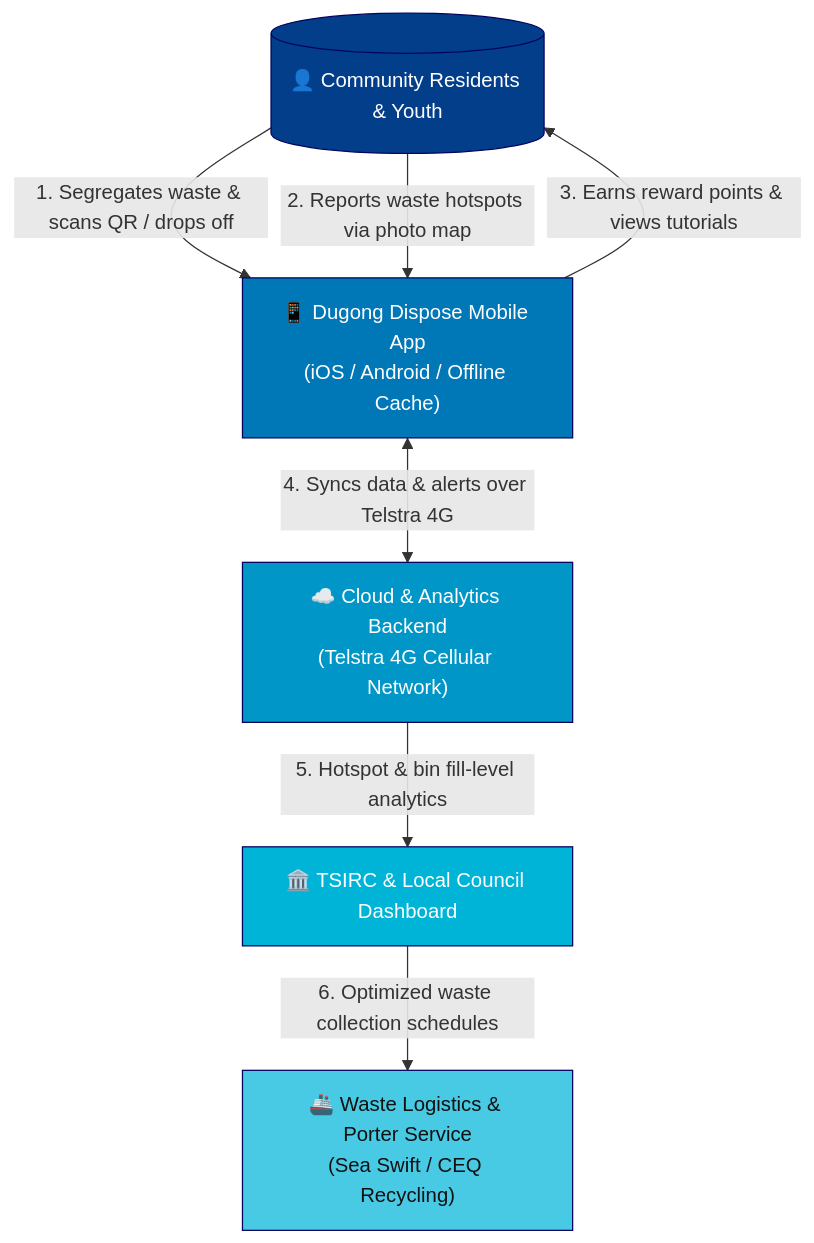
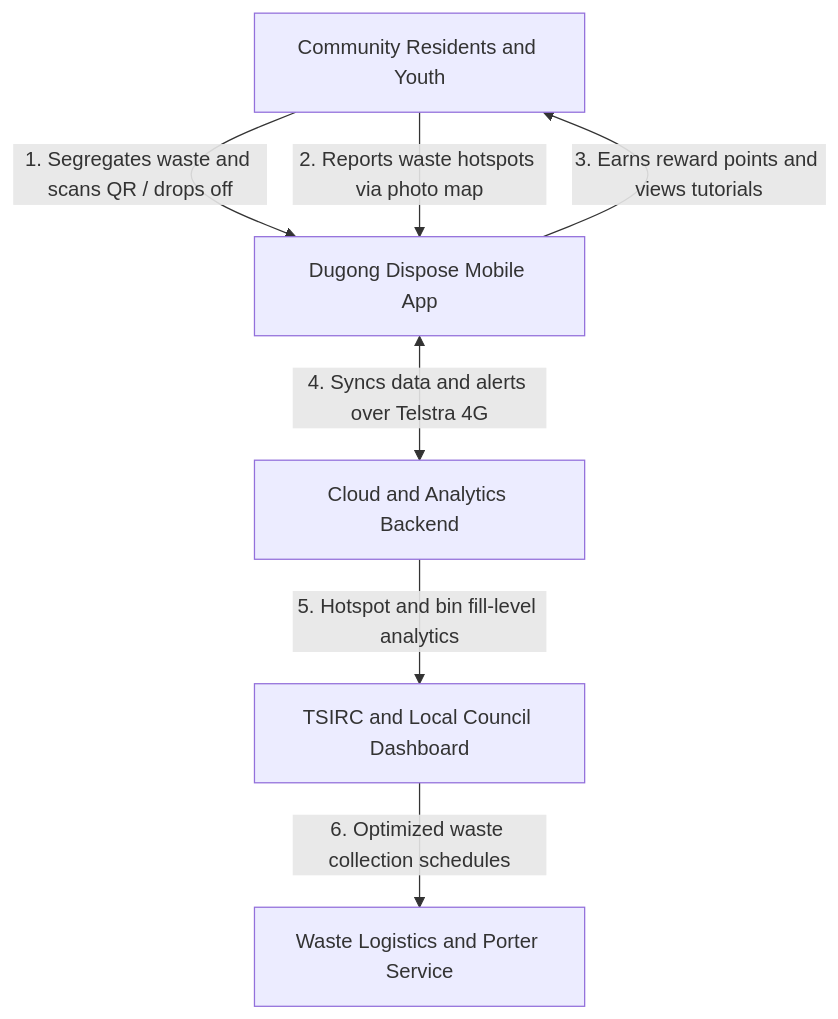
Before and after one commit to anushree05girish/Waste-Management-for-Saibai: the second of 4 diagrams in README.md, drawn with Mermaid. The commit also changed other lines of this file, not shown here.

Commit message:
Fix Mermaid diagram syntax for seamless GitHub rendering

````diff
--- a/README.md
+++ b/README.md
@@ -59,24 +53,15 @@
 ```mermaid
 flowchart TB
-    %% Nodes definition
-    user[("👤 Community Residents & Youth")]
-    app["📱 Dugong Dispose Mobile App<br/>(iOS / Android / Offline Cache)"]
-    backend["☁️ Cloud & Analytics Backend<br/>(Telstra 4G Cellular Network)"]
-    council["🏛️ TSIRC & Local Council Dashboard"]
-    logistics["🚢 Waste Logistics & Porter Service<br/>(Sea Swift / CEQ Recycling)"]
+    user[Community Residents and Youth]
+    app[Dugong Dispose Mobile App]
+    backend[Cloud and Analytics Backend]
+    council[TSIRC and Local Council Dashboard]
+    logistics[Waste Logistics and Porter Service]
 
-    %% Flow interactions
-    user -->|"1. Segregates waste & scans QR / drops off"| app
-    user -->|"2. Reports waste hotspots via photo map"| app
-    app -->|"3. Earns reward points & views tutorials"| user
-    app <-->|"4. Syncs data & alerts over Telstra 4G"| backend
-    backend -->|"5. Hotspot & bin fill-level analytics"| council
-    council -->|"6. Optimized waste collection schedules"| logistics
-
-    %% Styling
-    style user fill:#023e8a,stroke:#03045e,color:#fff
-    style app fill:#0077b6,stroke:#03045e,color:#fff
-    style backend fill:#0096c7,stroke:#03045e,color:#fff
-    style council fill:#00b4d8,stroke:#03045e,color:#fff
-    style logistics fill:#48cae4,stroke:#03045e,color:#111
+    user -->|1. Segregates waste and scans QR / drops off| app
+    user -->|2. Reports waste hotspots via photo map| app
+    app -->|3. Earns reward points and views tutorials| user
+    app <-->|4. Syncs data and alerts over Telstra 4G| backend
+    backend -->|5. Hotspot and bin fill-level analytics| council
+    council -->|6. Optimized waste collection schedules| logistics
 ```
````
